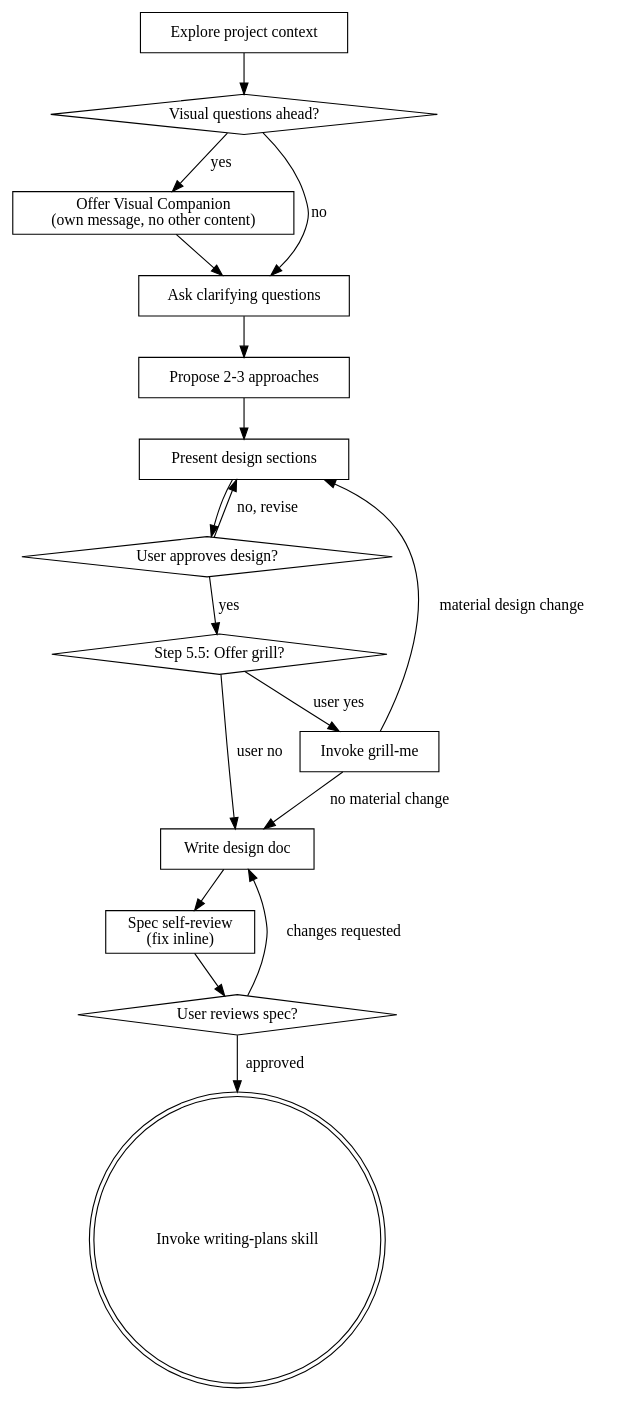
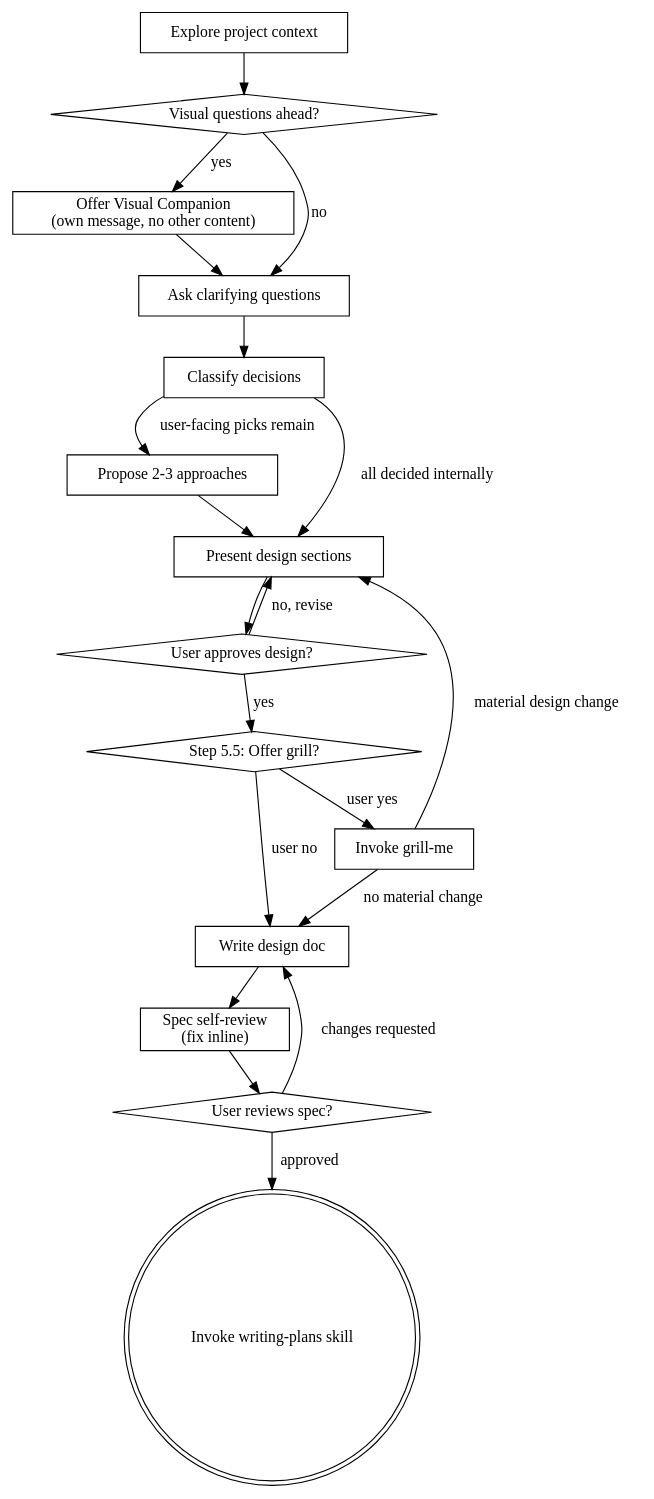
The diagram in skills/brainstorming/SKILL.md (chris-yyau/busdriver), drawn with Graphviz before and after one commit. The commit also changed other lines of this file and 1 other file, not shown here.

First line of the commit message:
feat(spec-protocol): classify-before-asking in brainstorming + grill-me (#156)

````diff
--- a/skills/brainstorming/SKILL.md
+++ b/skills/brainstorming/SKILL.md
@@ -45,35 +45,38 @@
 ```dot
 digraph brainstorming {
     "Explore project context" [shape=box];
     "Visual questions ahead?" [shape=diamond];
     "Offer Visual Companion\n(own message, no other content)" [shape=box];
     "Ask clarifying questions" [shape=box];
+    "Classify decisions" [shape=box];
     "Propose 2-3 approaches" [shape=box];
     "Present design sections" [shape=box];
     "User approves design?" [shape=diamond];
     "Step 5.5: Offer grill?" [shape=diamond];
     "Invoke grill-me" [shape=box];
     "Write design doc" [shape=box];
     "Spec self-review\n(fix inline)" [shape=box];
     "User reviews spec?" [shape=diamond];
     "Invoke writing-plans skill" [shape=doublecircle];
 
     "Explore project context" -> "Visual questions ahead?";
     "Visual questions ahead?" -> "Offer Visual Companion\n(own message, no other content)" [label="yes"];
     "Visual questions ahead?" -> "Ask clarifying questions" [label="no"];
     "Offer Visual Companion\n(own message, no other content)" -> "Ask clarifying questions";
-    "Ask clarifying questions" -> "Propose 2-3 approaches";
+    "Ask clarifying questions" -> "Classify decisions";
+    "Classify decisions" -> "Propose 2-3 approaches" [label="user-facing picks remain"];
+    "Classify decisions" -> "Present design sections" [label="all decided internally"];
     "Propose 2-3 approaches" -> "Present design sections";
     "Present design sections" -> "User approves design?";
     "User approves design?" -> "Present design sections" [label="no, revise"];
     "User approves design?" -> "Step 5.5: Offer grill?" [label="yes"];
     "Step 5.5: Offer grill?" -> "Invoke grill-me" [label="user yes"];
     "Step 5.5: Offer grill?" -> "Write design doc" [label="user no"];
     "Invoke grill-me" -> "Present design sections" [label="material design change"];
     "Invoke grill-me" -> "Write design doc" [label="no material change"];
     "Write design doc" -> "Spec self-review\n(fix inline)";
     "Spec self-review\n(fix inline)" -> "User reviews spec?";
     "User reviews spec?" -> "Write design doc" [label="changes requested"];
     "User reviews spec?" -> "Invoke writing-plans skill" [label="approved"];
 }
 ```
````
